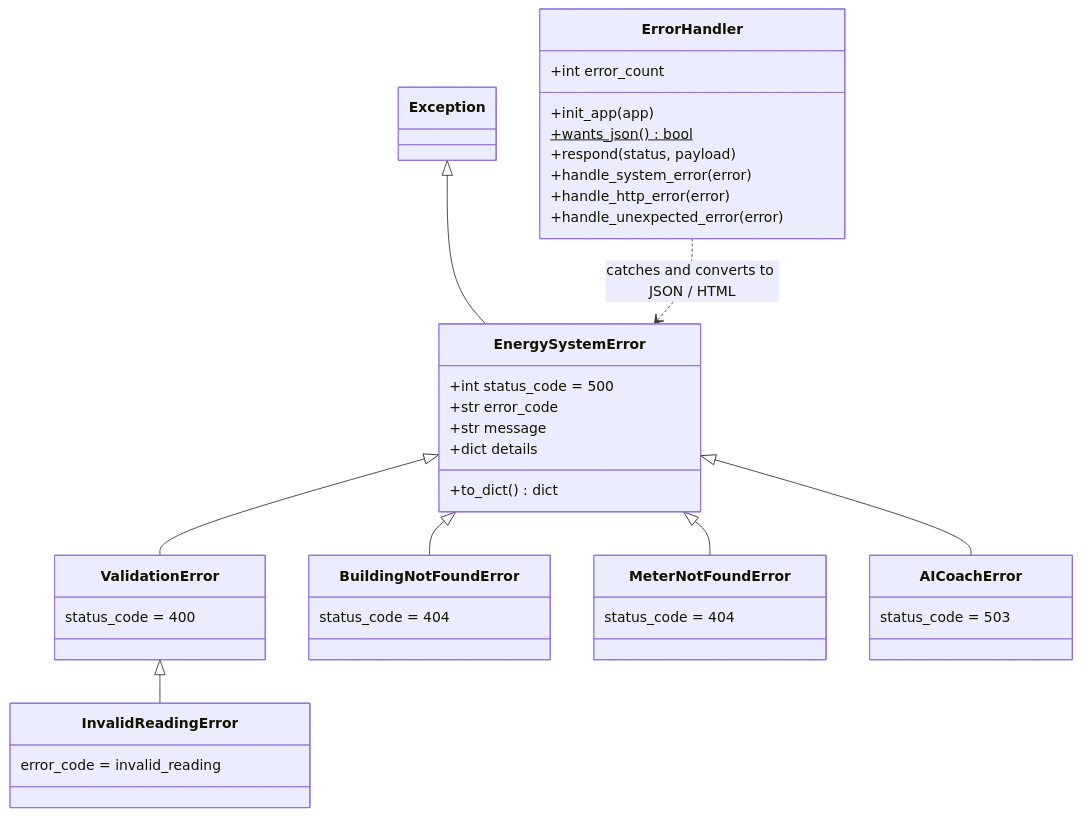
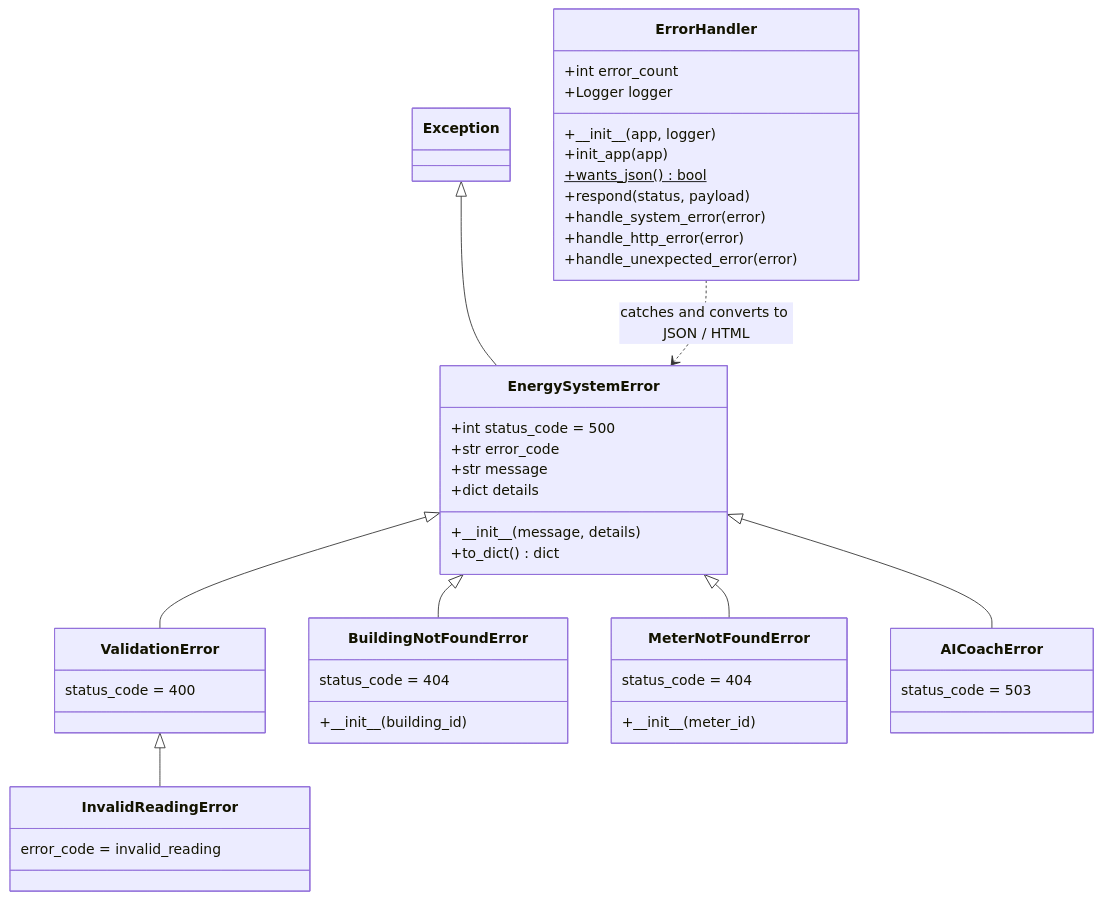
One commit to abhnasim/smart-energy-monitor changed the diagram in docs/uml/6_errors.mmd. Above: the diagram before and after it, drawn with Mermaid. The commit also changed 8 other files, not shown here.

Commit message:
Complete the UML class diagrams

```diff
--- a/docs/uml/6_errors.mmd
+++ b/docs/uml/6_errors.mmd
@@ -1,30 +1,39 @@
 classDiagram
 direction TB
 class ErrorHandler {
   +int error_count
+  +Logger logger
+  +#95;#95;init#95;#95;(app, logger)
   +init_app(app)
   +wants_json()$ bool
   +respond(status, payload)
   +handle_system_error(error)
   +handle_http_error(error)
   +handle_unexpected_error(error)
 }
 class EnergySystemError {
   +int status_code = 500
   +str error_code
   +str message
   +dict details
+  +#95;#95;init#95;#95;(message, details)
   +to_dict() dict
 }
 class ValidationError { status_code = 400 }
 class InvalidReadingError { error_code = invalid_reading }
-class BuildingNotFoundError { status_code = 404 }
-class MeterNotFoundError { status_code = 404 }
+class BuildingNotFoundError {
+  status_code = 404
+  +#95;#95;init#95;#95;(building_id)
+}
+class MeterNotFoundError {
+  status_code = 404
+  +#95;#95;init#95;#95;(meter_id)
+}
 class AICoachError { status_code = 503 }
 Exception <|-- EnergySystemError
 EnergySystemError <|-- ValidationError
 ValidationError <|-- InvalidReadingError
 EnergySystemError <|-- BuildingNotFoundError
 EnergySystemError <|-- MeterNotFoundError
 EnergySystemError <|-- AICoachError
 ErrorHandler ..> EnergySystemError : catches and converts to JSON / HTML
```
